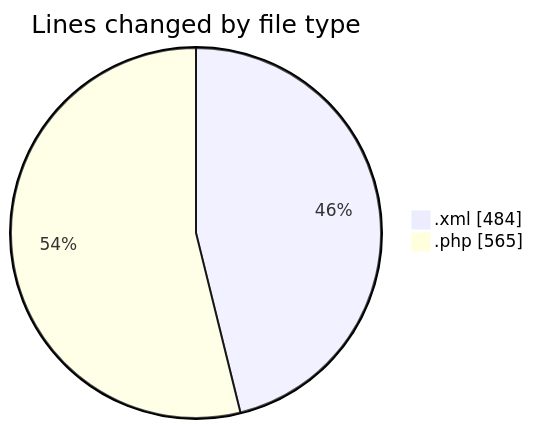
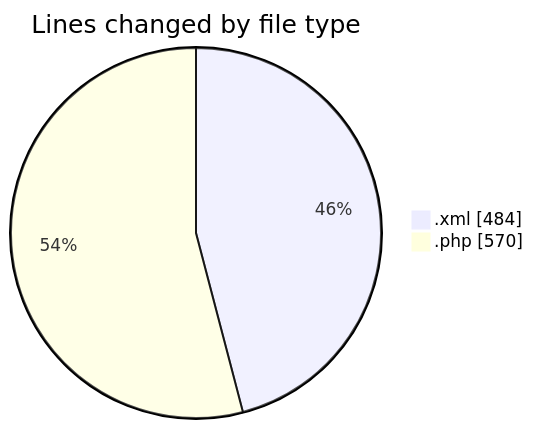
The first of 2 diagrams in 2025-04-24/zeytoon/README.md (vahidmafi/code-tracking), drawn with Mermaid before and after one commit. The commit also changed other lines of this file and 1 other file, not shown here.

````diff
--- a/2025-04-24/zeytoon/README.md
+++ b/2025-04-24/zeytoon/README.md
@@ -21,6 +21,6 @@
 ```mermaid
 pie showData
 title Lines changed by file type
 ".xml" : 484
-".php" : 565
+".php" : 570
 ```
````
